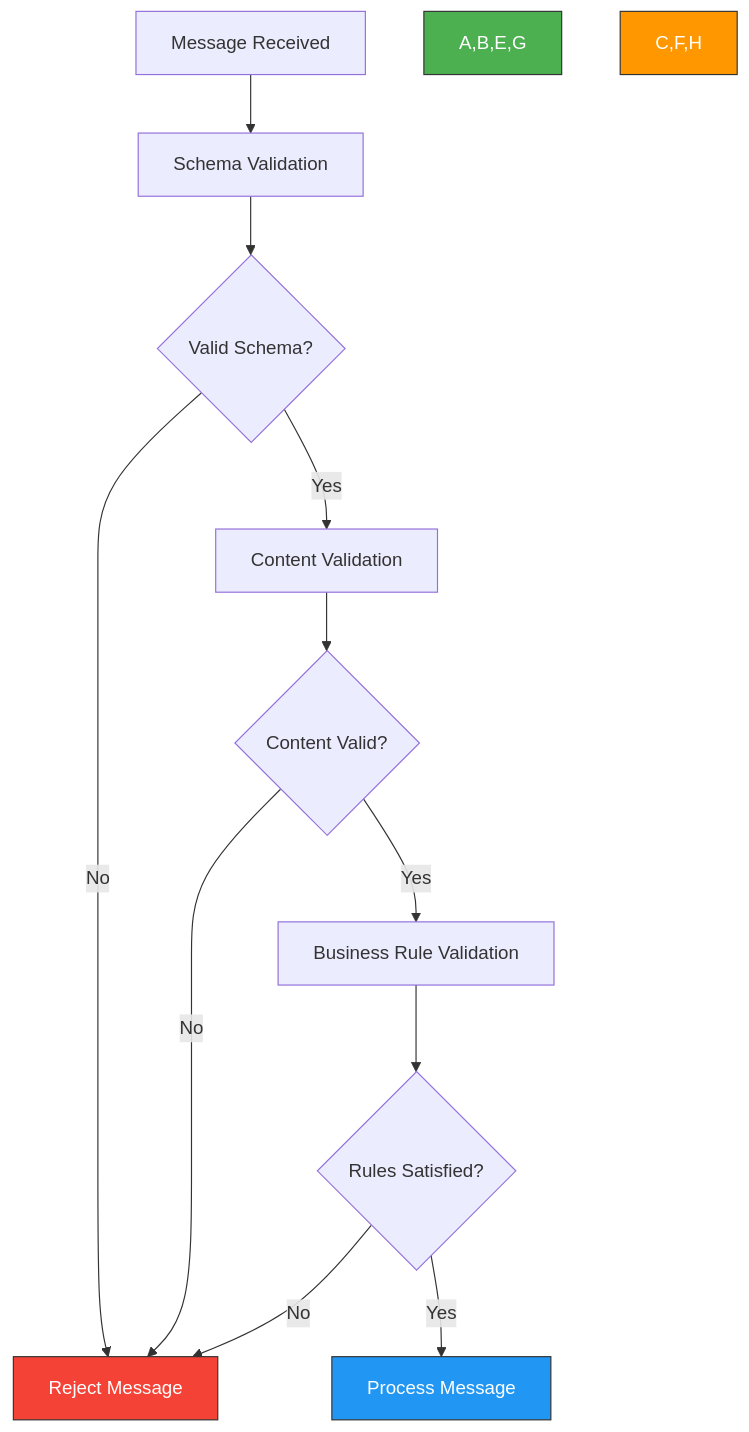
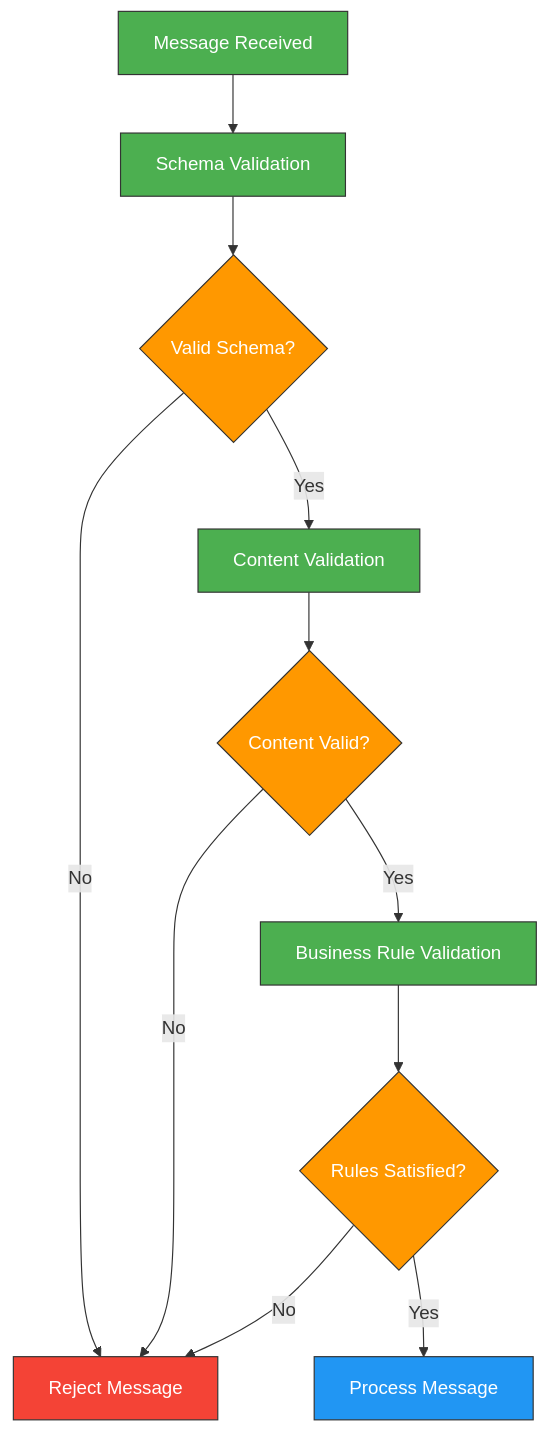
The seventh of 8 diagrams in TuPhung_Docs/docs/backend/websockets.md (TuPhung369/Haaga_Backend_Programming), drawn with Mermaid before and after one commit. The commit also changed other lines of this file and 25 other files, not shown here.

````diff
--- a/TuPhung_Docs/docs/backend/websockets.md
+++ b/TuPhung_Docs/docs/backend/websockets.md
@@ -275,21 +290,26 @@
 ```mermaid
 flowchart TD
     A[Message Received] --> B[Schema Validation]
     B --> C{Valid Schema?}
-    
+
     C -->|No| D[Reject Message]
     C -->|Yes| E[Content Validation]
-    
+
     E --> F{Content Valid?}
     F -->|No| D
     F -->|Yes| G[Business Rule Validation]
-    
+
     G --> H{Rules Satisfied?}
     H -->|No| D
     H -->|Yes| I[Process Message]
-    
-    style A,B,E,G fill:#4CAF50,stroke:#333,stroke-width:1px,color:#fff
-    style C,F,H fill:#FF9800,stroke:#333,stroke-width:1px,color:#fff
-    style D fill:#F44336,stroke:#333,stroke-width:1px,color:#fff
-    style I fill:#2196F3,stroke:#333,stroke-width:1px,color:#fff
+
+    classDef validationSteps fill:#4CAF50,stroke:#333,stroke-width:1px,color:#fff
+    classDef decisionPoints fill:#FF9800,stroke:#333,stroke-width:1px,color:#fff
+    classDef rejection fill:#F44336,stroke:#333,stroke-width:1px,color:#fff
+    classDef success fill:#2196F3,stroke:#333,stroke-width:1px,color:#fff
+
+    class A,B,E,G validationSteps
+    class C,F,H decisionPoints
+    class D rejection
+    class I success
 ```
````
